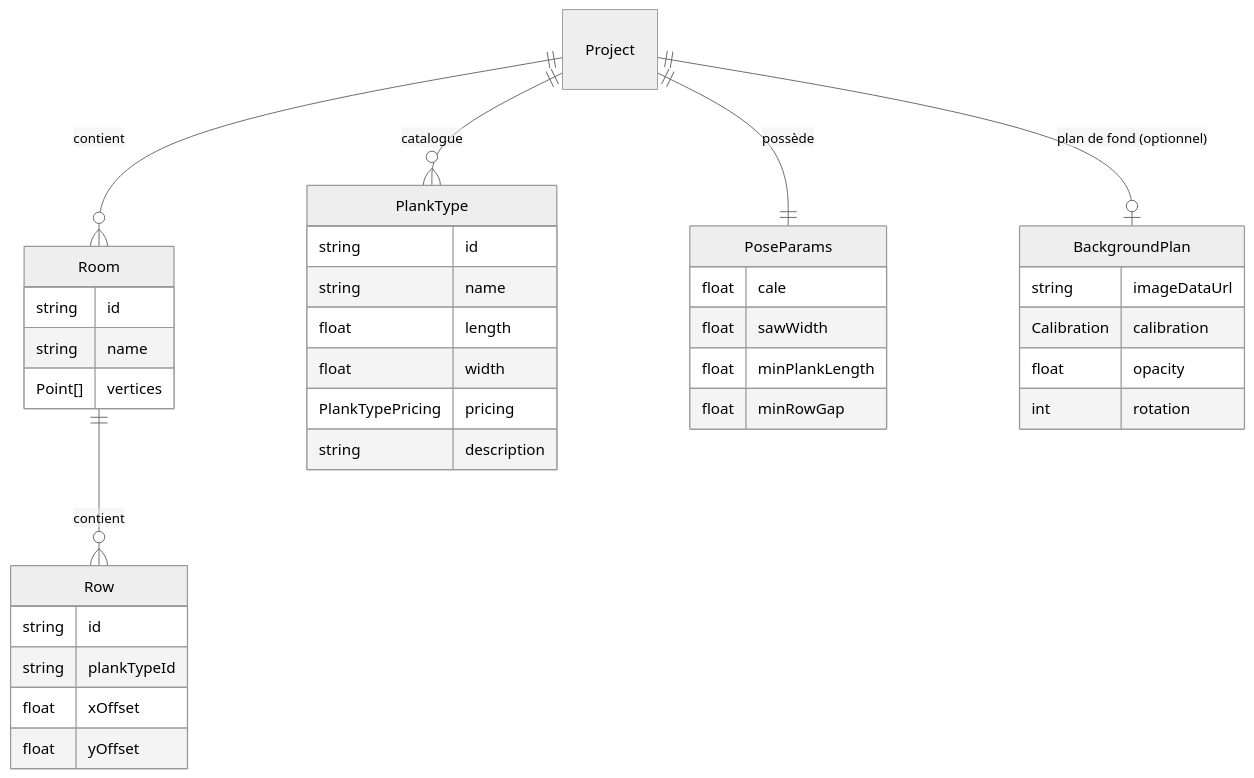
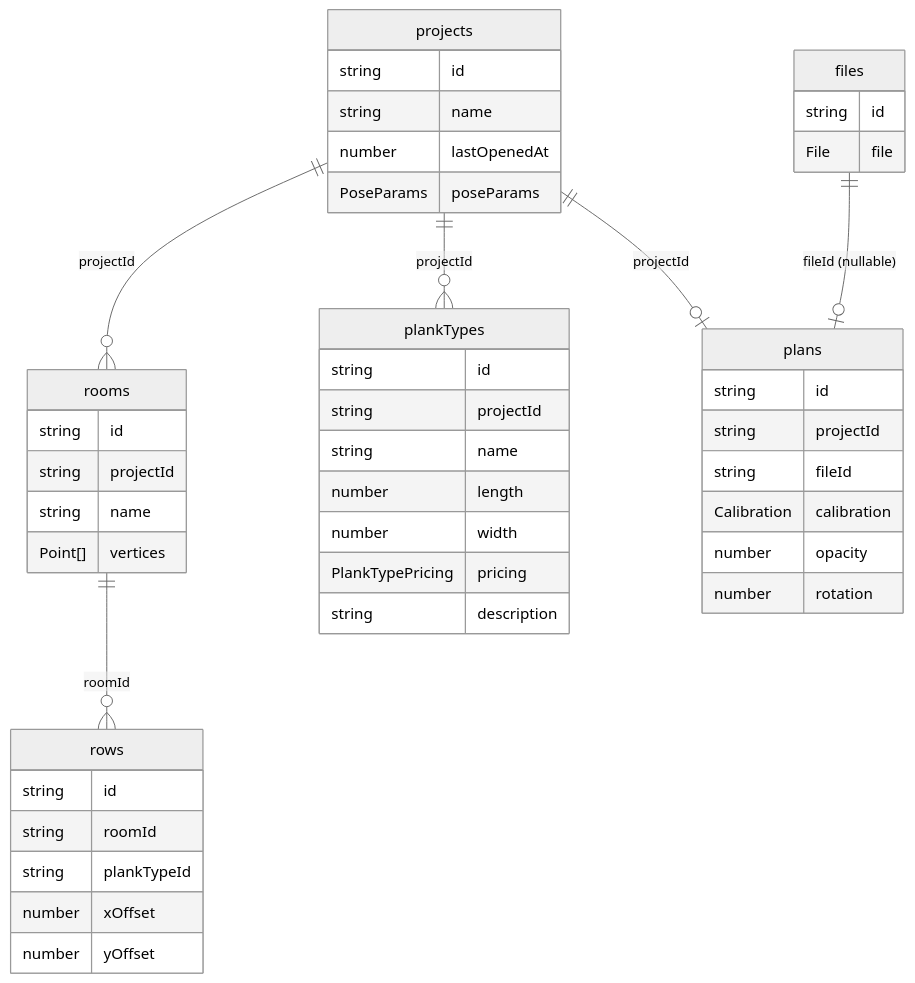
One commit to Khyonn/calepinage-01 changed the diagram in docs/technical/data-model.md. Above: the diagram before and after it, drawn with Mermaid (neutral theme). The commit also changed other lines of this file and 20 other files, not shown here.

````diff
--- a/docs/technical/data-model.md
+++ b/docs/technical/data-model.md
@@ -31,44 +67,54 @@
 ```mermaid
 erDiagram
-    Project ||--o{ Room : contient
-    Project ||--o{ PlankType : catalogue
-    Project ||--|| PoseParams : possède
-    Project ||--o| BackgroundPlan : "plan de fond (optionnel)"
+    projects ||--o{ rooms : "projectId"
+    projects ||--o{ plankTypes : "projectId"
+    projects ||--o| plans : "projectId"
+    rooms ||--o{ rows : "roomId"
+    files ||--o| plans : "fileId (nullable)"
 
-    Room ||--o{ Row : contient
-    Room {
+    projects {
         string id
+        string name
+        number lastOpenedAt
+        PoseParams poseParams
+    }
+
+    rooms {
+        string id
+        string projectId
         string name
         Point[] vertices
     }
 
-    Row {
+    rows {
         string id
+        string roomId
         string plankTypeId
-        float xOffset
-        float yOffset
+        number xOffset
+        number yOffset
     }
 
-    PlankType {
+    plankTypes {
         string id
+        string projectId
         string name
-        float length
-        float width
+        number length
+        number width
         PlankTypePricing pricing
         string description
     }
 
-    PoseParams {
-        float cale
-        float sawWidth
-        float minPlankLength
-        float minRowGap
+    files {
+        string id
+        File file
     }
 
-    BackgroundPlan {
-        string imageDataUrl
+    plans {
+        string id
+        string projectId
+        string fileId
         Calibration calibration
-        float opacity
-        int rotation
+        number opacity
+        number rotation
     }
 ```
````
